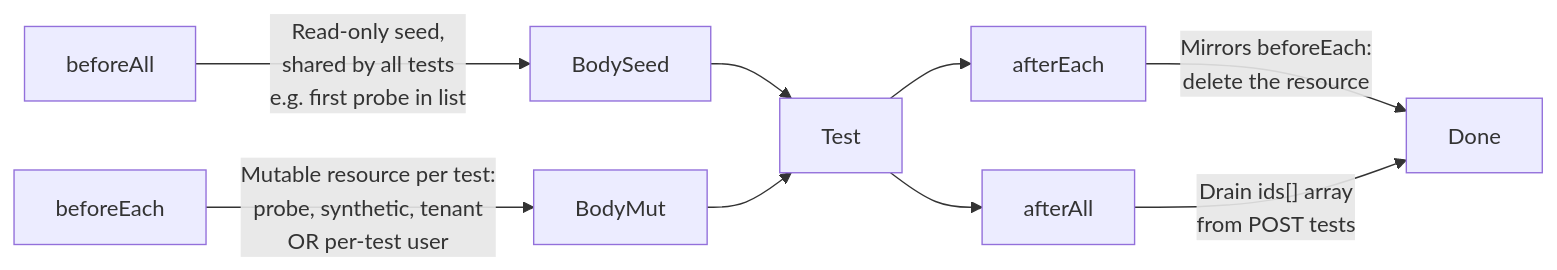
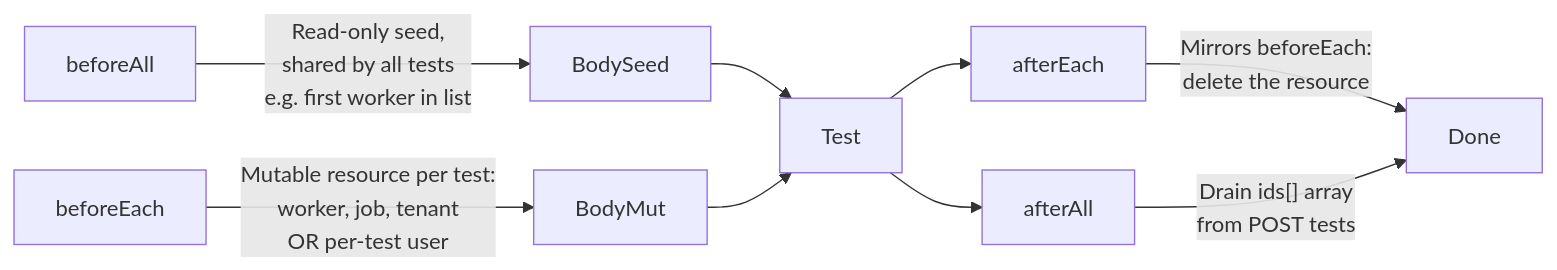
Before and after one commit to georgikazandzhiev-code/ai-native-qa-toolkit: the second of 3 diagrams in .claude/skills/data-strategy/SKILL.md, drawn with Mermaid. The commit also changed other lines of this file and 4 other files, not shown here.

````diff
--- a/.claude/skills/data-strategy/SKILL.md
+++ b/.claude/skills/data-strategy/SKILL.md
@@ -174,11 +174,11 @@
 ```mermaid
 flowchart LR
-    BA[beforeAll] -->|"Read-only seed,<br/>shared by all tests<br/>e.g. first probe in list"| BodySeed
-    BE[beforeEach] -->|"Mutable resource per test:<br/>probe, synthetic, tenant<br/>OR per-test user"| BodyMut
+    BA[beforeAll] -->|"Read-only seed,<br/>shared by all tests<br/>e.g. first worker in list"| BodySeed
+    BE[beforeEach] -->|"Mutable resource per test:<br/>worker, job, tenant<br/>OR per-test user"| BodyMut
     BodySeed --> Test
     BodyMut --> Test
     Test --> AE[afterEach]
     Test --> AA[afterAll]
     AE -->|"Mirrors beforeEach:<br/>delete the resource"| Done
     AA -->|"Drain ids[] array<br/>from POST tests"| Done
 ```
````
